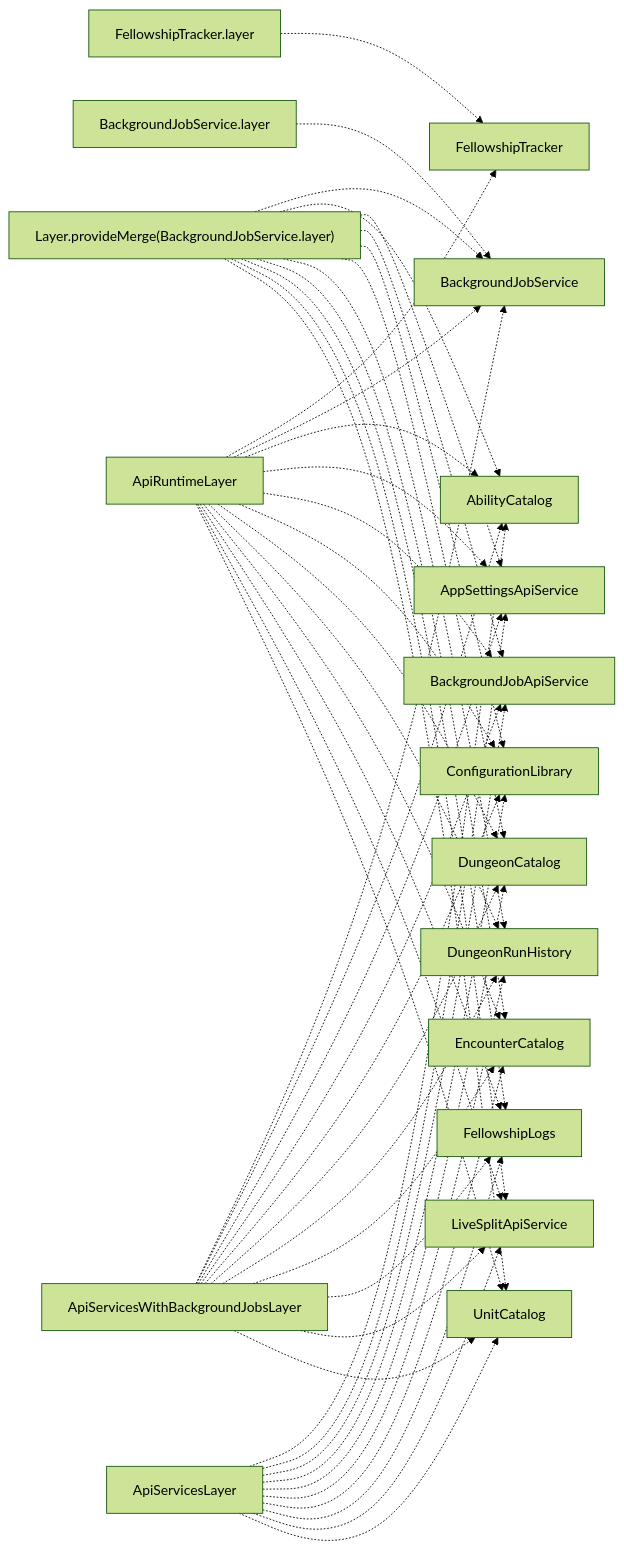
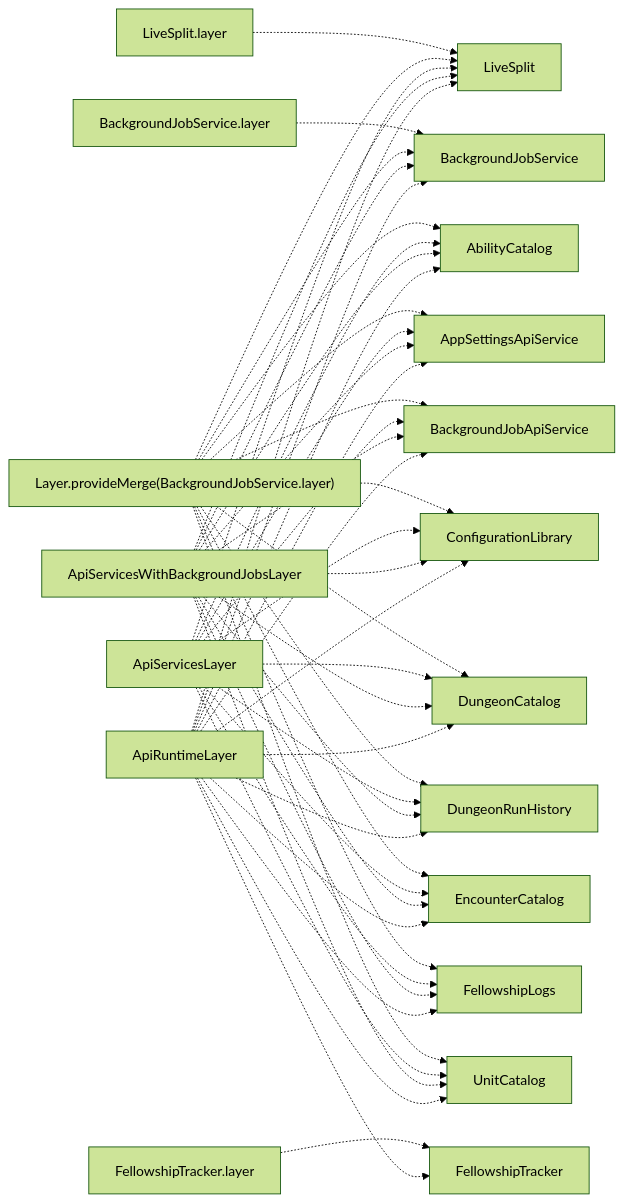
One commit to reeddunkle/fellowship-run-tracker changed the diagram in apps/api/docs/architecture/analysis/service-bundle-memberships.mmd. Above: the diagram before and after it, drawn with Mermaid (forest theme). The commit also changed 39 other files, not shown here.

```diff
--- a/apps/api/docs/architecture/analysis/service-bundle-memberships.mmd
+++ b/apps/api/docs/architecture/analysis/service-bundle-memberships.mmd
@@ -1,65 +1,67 @@
 flowchart LR
+  LiveSplit_layer["LiveSplit.layer"]
+  Layer_provideMerge_BackgroundJobService_layer_["Layer.provideMerge(BackgroundJobService.layer)"]
+  ApiServicesLayer["ApiServicesLayer"]
+  ApiServicesWithBackgroundJobsLayer["ApiServicesWithBackgroundJobsLayer"]
+  ApiRuntimeLayer["ApiRuntimeLayer"]
   FellowshipTracker_layer["FellowshipTracker.layer"]
-  ApiRuntimeLayer["ApiRuntimeLayer"]
   BackgroundJobService_layer["BackgroundJobService.layer"]
-  Layer_provideMerge_BackgroundJobService_layer_["Layer.provideMerge(BackgroundJobService.layer)"]
-  ApiServicesWithBackgroundJobsLayer["ApiServicesWithBackgroundJobsLayer"]
-  ApiServicesLayer["ApiServicesLayer"]
+  LiveSplit["LiveSplit"]
   FellowshipTracker["FellowshipTracker"]
   BackgroundJobService["BackgroundJobService"]
   AbilityCatalog["AbilityCatalog"]
   AppSettingsApiService["AppSettingsApiService"]
   BackgroundJobApiService["BackgroundJobApiService"]
   ConfigurationLibrary["ConfigurationLibrary"]
   DungeonCatalog["DungeonCatalog"]
   DungeonRunHistory["DungeonRunHistory"]
   EncounterCatalog["EncounterCatalog"]
   FellowshipLogs["FellowshipLogs"]
-  LiveSplitApiService["LiveSplitApiService"]
   UnitCatalog["UnitCatalog"]
+  LiveSplit_layer -.-> LiveSplit
+  Layer_provideMerge_BackgroundJobService_layer_ -.-> LiveSplit
+  ApiServicesLayer -.-> LiveSplit
+  ApiServicesWithBackgroundJobsLayer -.-> LiveSplit
+  ApiRuntimeLayer -.-> LiveSplit
   FellowshipTracker_layer -.-> FellowshipTracker
   ApiRuntimeLayer -.-> FellowshipTracker
   BackgroundJobService_layer -.-> BackgroundJobService
   Layer_provideMerge_BackgroundJobService_layer_ -.-> BackgroundJobService
   ApiServicesWithBackgroundJobsLayer -.-> BackgroundJobService
   ApiRuntimeLayer -.-> BackgroundJobService
   Layer_provideMerge_BackgroundJobService_layer_ -.-> AbilityCatalog
   ApiServicesLayer -.-> AbilityCatalog
   ApiServicesWithBackgroundJobsLayer -.-> AbilityCatalog
   ApiRuntimeLayer -.-> AbilityCatalog
   Layer_provideMerge_BackgroundJobService_layer_ -.-> AppSettingsApiService
   ApiServicesLayer -.-> AppSettingsApiService
   ApiServicesWithBackgroundJobsLayer -.-> AppSettingsApiService
   ApiRuntimeLayer -.-> AppSettingsApiService
   Layer_provideMerge_BackgroundJobService_layer_ -.-> BackgroundJobApiService
   ApiServicesLayer -.-> BackgroundJobApiService
   ApiServicesWithBackgroundJobsLayer -.-> BackgroundJobApiService
   ApiRuntimeLayer -.-> BackgroundJobApiService
   Layer_provideMerge_BackgroundJobService_layer_ -.-> ConfigurationLibrary
   ApiServicesLayer -.-> ConfigurationLibrary
   ApiServicesWithBackgroundJobsLayer -.-> ConfigurationLibrary
   ApiRuntimeLayer -.-> ConfigurationLibrary
   Layer_provideMerge_BackgroundJobService_layer_ -.-> DungeonCatalog
   ApiServicesLayer -.-> DungeonCatalog
   ApiServicesWithBackgroundJobsLayer -.-> DungeonCatalog
   ApiRuntimeLayer -.-> DungeonCatalog
   Layer_provideMerge_BackgroundJobService_layer_ -.-> DungeonRunHistory
   ApiServicesLayer -.-> DungeonRunHistory
   ApiServicesWithBackgroundJobsLayer -.-> DungeonRunHistory
   ApiRuntimeLayer -.-> DungeonRunHistory
   Layer_provideMerge_BackgroundJobService_layer_ -.-> EncounterCatalog
   ApiServicesLayer -.-> EncounterCatalog
   ApiServicesWithBackgroundJobsLayer -.-> EncounterCatalog
   ApiRuntimeLayer -.-> EncounterCatalog
   Layer_provideMerge_BackgroundJobService_layer_ -.-> FellowshipLogs
   ApiServicesLayer -.-> FellowshipLogs
   ApiServicesWithBackgroundJobsLayer -.-> FellowshipLogs
   ApiRuntimeLayer -.-> FellowshipLogs
-  Layer_provideMerge_BackgroundJobService_layer_ -.-> LiveSplitApiService
-  ApiServicesLayer -.-> LiveSplitApiService
-  ApiServicesWithBackgroundJobsLayer -.-> LiveSplitApiService
-  ApiRuntimeLayer -.-> LiveSplitApiService
   Layer_provideMerge_BackgroundJobService_layer_ -.-> UnitCatalog
   ApiServicesLayer -.-> UnitCatalog
   ApiServicesWithBackgroundJobsLayer -.-> UnitCatalog
   ApiRuntimeLayer -.-> UnitCatalog
```
